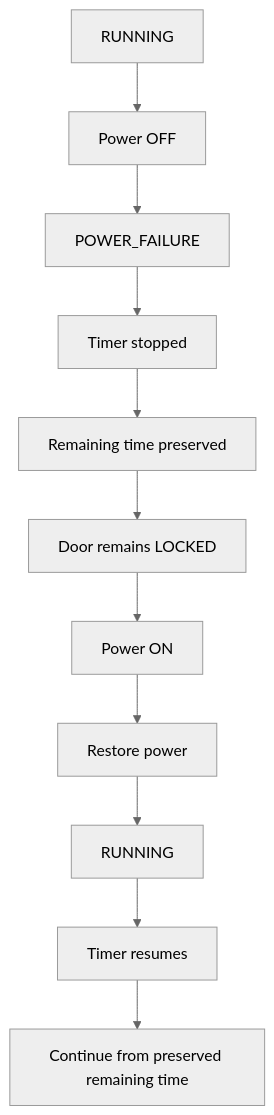
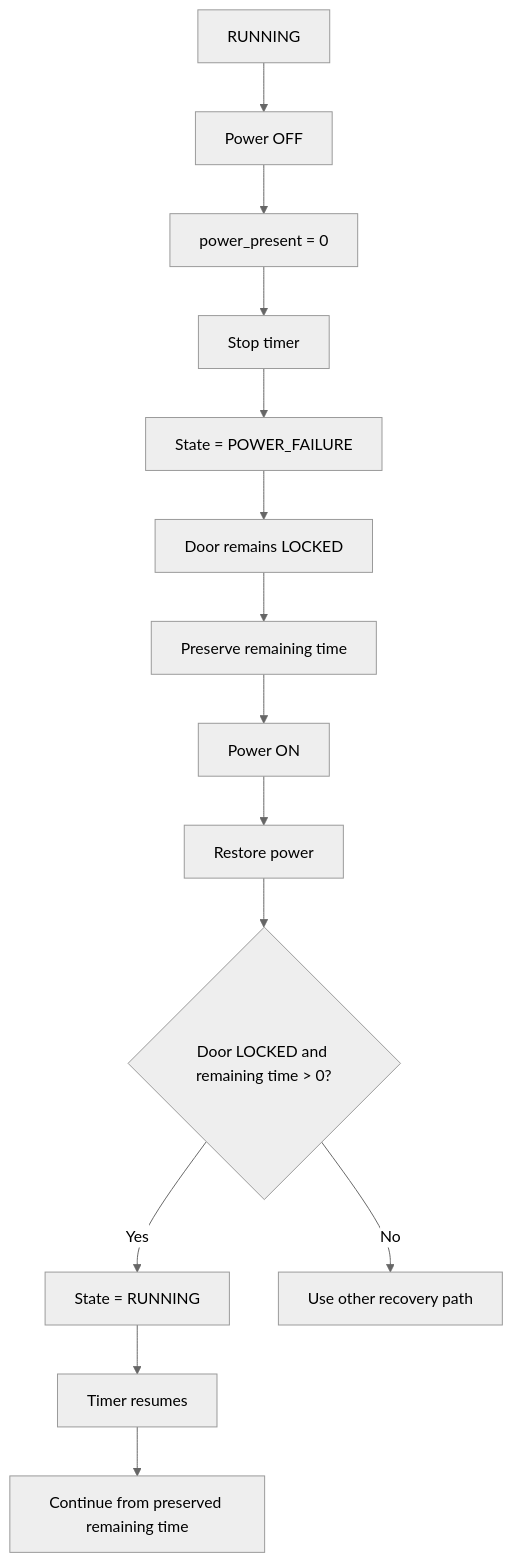
Diagram 12 of 13 in README.md (BMMADHUMITHA/weighted_rr), drawn with Mermaid (neutral theme) before and after one commit. The commit also changed other lines of this file, not shown here.

````diff
--- a/README.md
+++ b/README.md
@@ -702,13 +915,16 @@
 ``` mermaid
 flowchart TD
     A[RUNNING] --> B[Power OFF]
-    B --> C[POWER_FAILURE]
-    C --> D[Timer stopped]
-    D --> E[Remaining time preserved]
+    B --> C[power_present = 0]
+    C --> D[Stop timer]
+    D --> E[State = POWER_FAILURE]
     E --> F[Door remains LOCKED]
-    F --> G[Power ON]
-    G --> H[Restore power]
-    H --> I[RUNNING]
-    I --> J[Timer resumes]
-    J --> K[Continue from preserved remaining time]
+    F --> G[Preserve remaining time]
+    G --> H[Power ON]
+    H --> I[Restore power]
+    I --> J{Door LOCKED and remaining time > 0?}
+    J -- Yes --> K[State = RUNNING]
+    K --> L[Timer resumes]
+    L --> M[Continue from preserved remaining time]
+    J -- No --> N[Use other recovery path]
 ```
````
